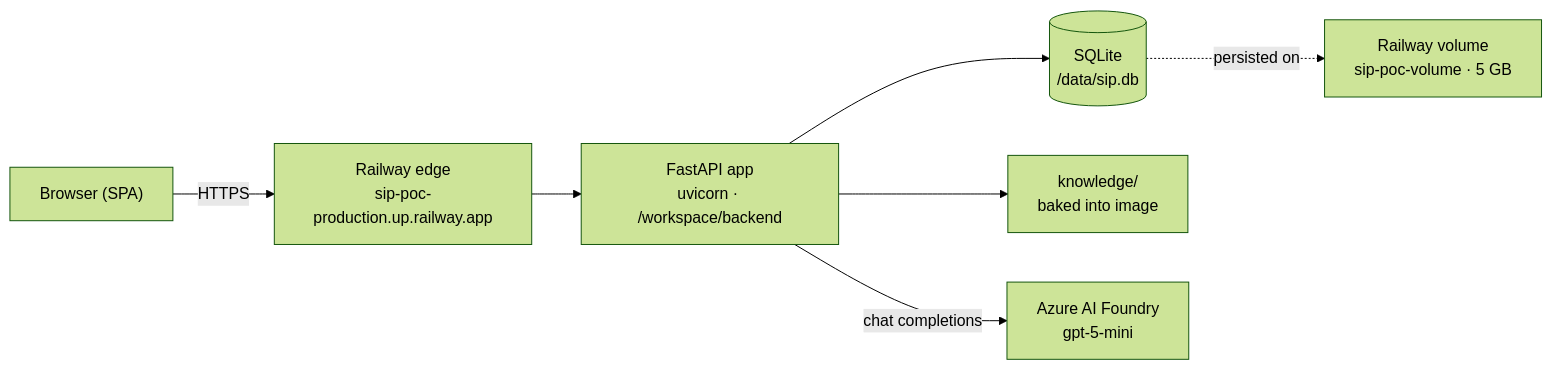
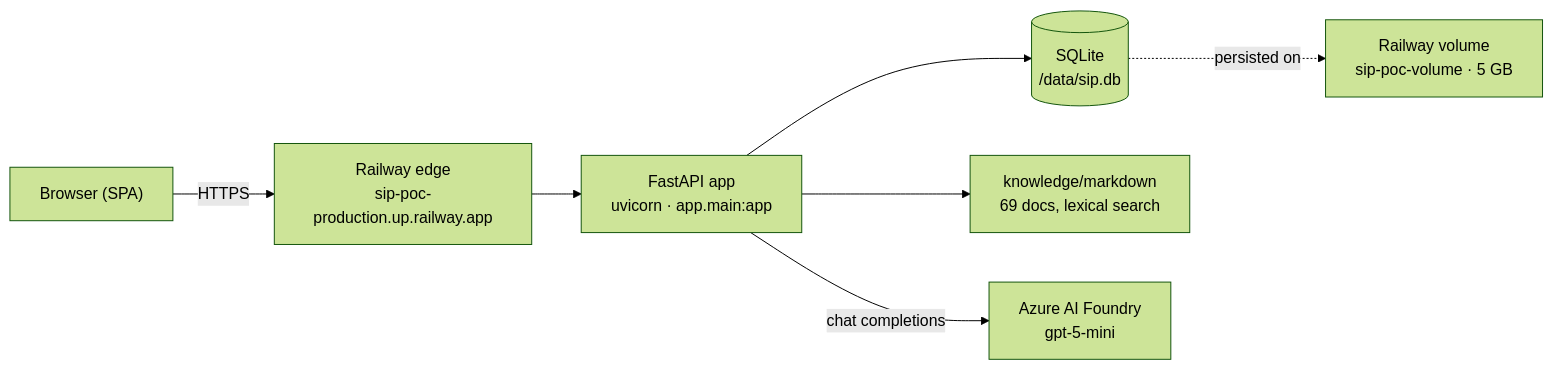
The diagram in README.md (arryaetil/sip-poc), drawn with Mermaid (forest theme) before and after one commit. The commit also changed other lines of this file and 91 other files, not shown here.

````diff
--- a/README.md
+++ b/README.md
@@ -25,9 +27,9 @@
 ```mermaid
 flowchart LR
     U["Browser (SPA)"] -->|HTTPS| R["Railway edge<br/>sip-poc-production.up.railway.app"]
-    R --> A["FastAPI app<br/>uvicorn · /workspace/backend"]
+    R --> A["FastAPI app<br/>uvicorn · app.main:app"]
     A --> D[("SQLite<br/>/data/sip.db")]
-    A --> K["knowledge/<br/>baked into image"]
+    A --> K["knowledge/markdown<br/>69 docs, lexical search"]
     A -->|chat completions| F["Azure AI Foundry<br/>gpt-5-mini"]
     D -.->|persisted on| V["Railway volume<br/>sip-poc-volume · 5 GB"]
 ```
````
